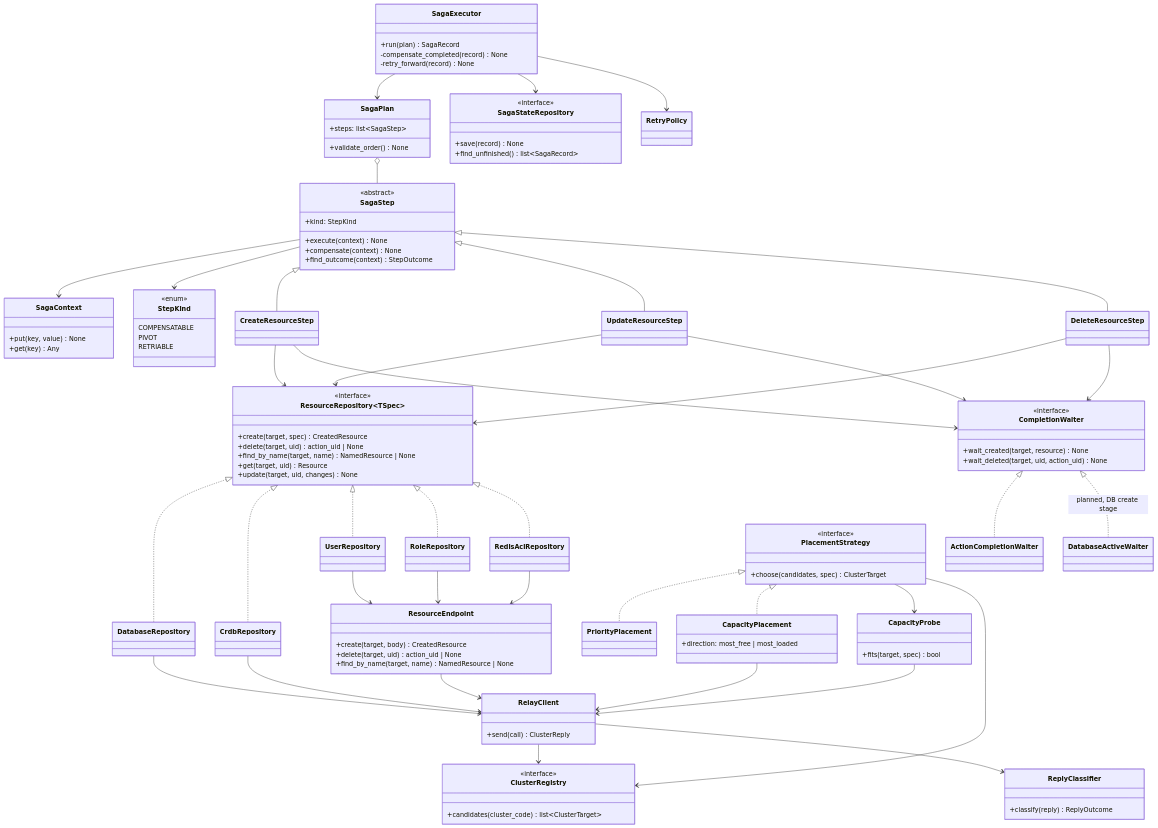
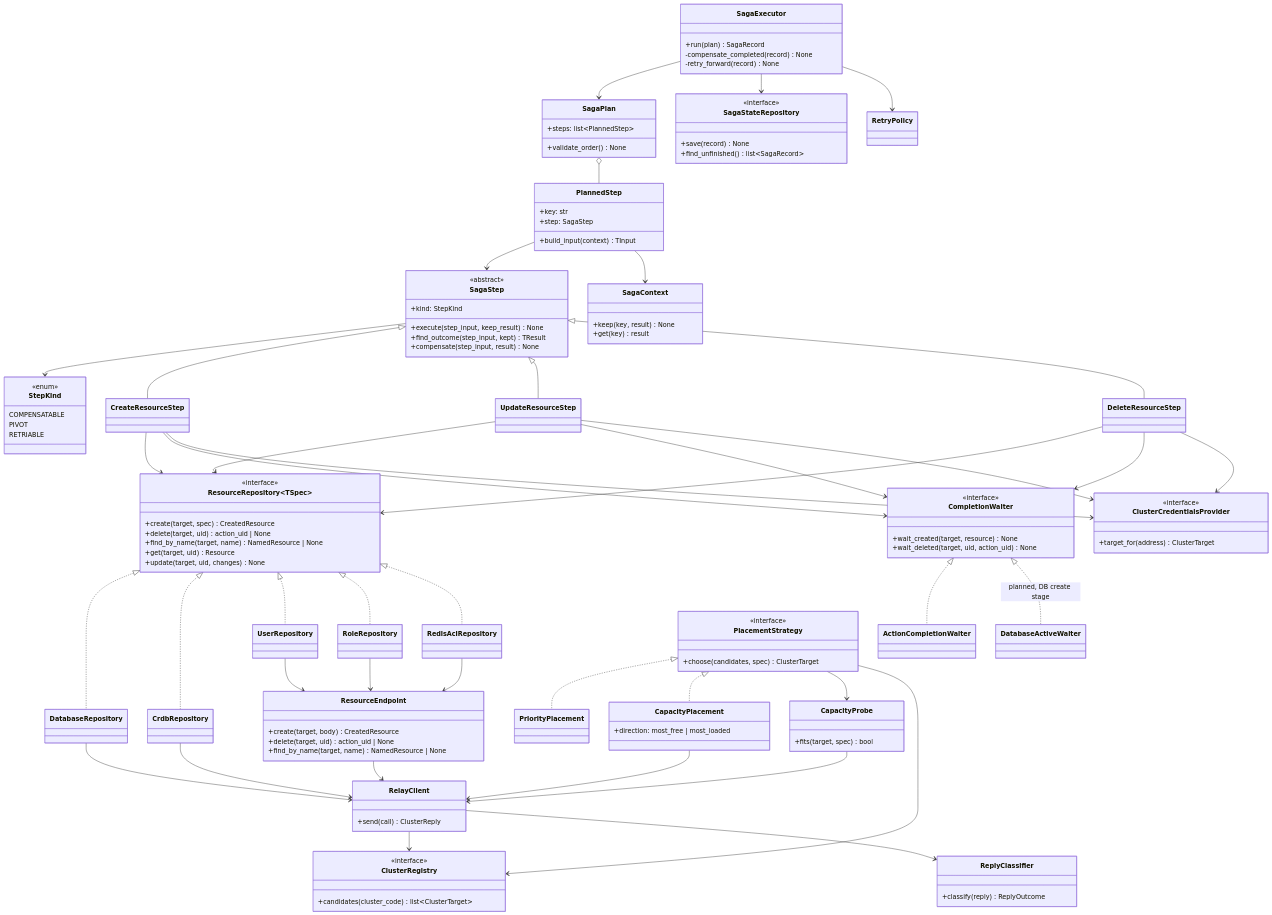
One commit to EliShteinman/redis-enterprise-services changed the second of 2 diagrams in docs/design/saga.md. Above: the diagram before and after it, drawn with Mermaid. The commit also changed 10 other files, not shown here.

First line of the commit message:
docs: the diagrams follow the Saga core contract

```diff
--- a/docs/design/saga.md
+++ b/docs/design/saga.md
@@ -663,9 +663,9 @@
     class SagaStep {
         <<abstract>>
         +kind: StepKind
-        +execute(context) None
-        +compensate(context) None
-        +find_outcome(context) StepOutcome
+        +execute(step_input, keep_result) None
+        +find_outcome(step_input, kept) TResult
+        +compensate(step_input, result) None
     }
     class StepKind {
         <<enum>>
@@ -674,12 +674,21 @@
         RETRIABLE
     }
     class SagaPlan {
-        +steps: list~SagaStep~
+        +steps: list~PlannedStep~
         +validate_order() None
     }
+    class PlannedStep {
+        +key: str
+        +step: SagaStep
+        +build_input(context) TInput
+    }
     class SagaContext {
-        +put(key, value) None
-        +get(key) Any
+        +keep(key, result) None
+        +get(key) result
+    }
+    class ClusterCredentialsProvider {
+        <<interface>>
+        +target_for(address) ClusterTarget
     }
     class SagaExecutor {
         +run(plan) SagaRecord
@@ -748,8 +757,9 @@
     SagaExecutor --> SagaPlan
     SagaExecutor --> SagaStateRepository
     SagaExecutor --> RetryPolicy
-    SagaPlan o-- SagaStep
-    SagaStep --> SagaContext
+    SagaPlan o-- PlannedStep
+    PlannedStep --> SagaStep
+    PlannedStep --> SagaContext
     SagaStep --> StepKind
     SagaStep <|-- CreateResourceStep
     SagaStep <|-- UpdateResourceStep
@@ -773,6 +783,9 @@
     RoleRepository --> ResourceEndpoint
     RedisAclRepository --> ResourceEndpoint
     ResourceEndpoint --> RelayClient
+    CreateResourceStep --> ClusterCredentialsProvider
+    UpdateResourceStep --> ClusterCredentialsProvider
+    DeleteResourceStep --> ClusterCredentialsProvider
     RelayClient --> ClusterRegistry
     PlacementStrategy <|.. PriorityPlacement
     PlacementStrategy <|.. CapacityPlacement
```
